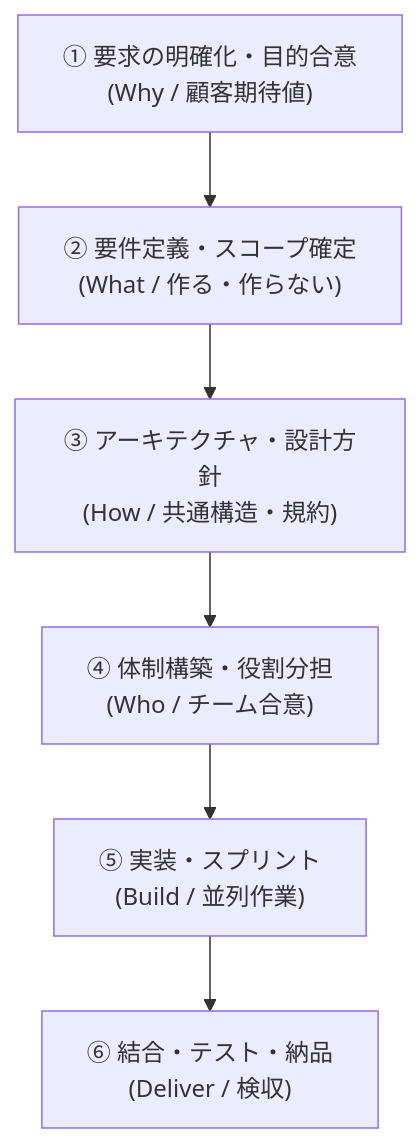
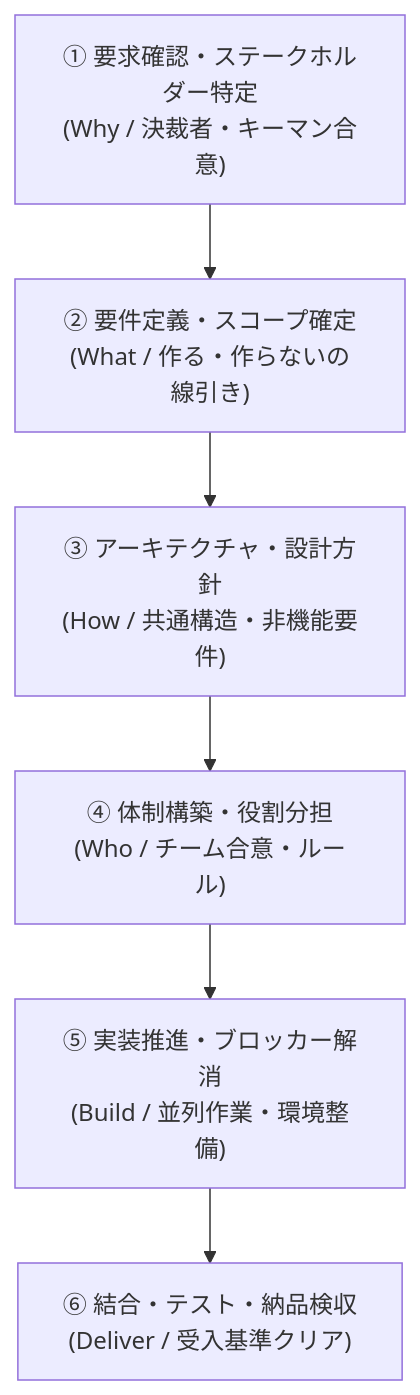
One commit to asabon/pm-simulator changed the first of 2 diagrams in docs/v2/spec/overview.md. Above: the diagram before and after it, drawn with Mermaid. The commit also changed other lines of this file, not shown here.

````diff
--- a/docs/v2/spec/overview.md
+++ b/docs/v2/spec/overview.md
@@ -27,8 +31,8 @@
 ```mermaid
 flowchart TD
-    S1["① 要求の明確化・目的合意<br/>(Why / 顧客期待値)"] --> S2["② 要件定義・スコープ確定<br/>(What / 作る・作らない)"]
-    S2 --> S3["③ アーキテクチャ・設計方針<br/>(How / 共通構造・規約)"]
-    S3 --> S4["④ 体制構築・役割分担<br/>(Who / チーム合意)"]
-    S4 --> S5["⑤ 実装・スプリント<br/>(Build / 並列作業)"]
-    S5 --> S6["⑥ 結合・テスト・納品<br/>(Deliver / 検収)"]
+    S1["① 要求確認・ステークホルダー特定<br/>(Why / 決裁者・キーマン合意)"] --> S2["② 要件定義・スコープ確定<br/>(What / 作る・作らないの線引き)"]
+    S2 --> S3["③ アーキテクチャ・設計方針<br/>(How / 共通構造・非機能要件)"]
+    S3 --> S4["④ 体制構築・役割分担<br/>(Who / チーム合意・ルール)"]
+    S4 --> S5["⑤ 実装推進・ブロッカー解消<br/>(Build / 並列作業・環境整備)"]
+    S5 --> S6["⑥ 結合・テスト・納品検収<br/>(Deliver / 受入基準クリア)"]
 ```
````
